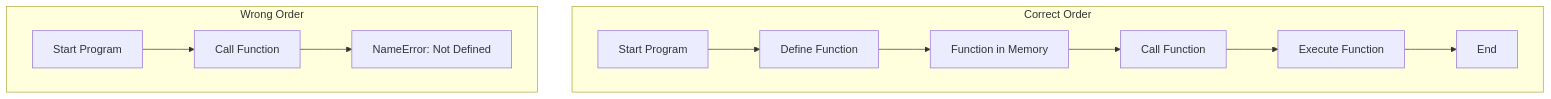
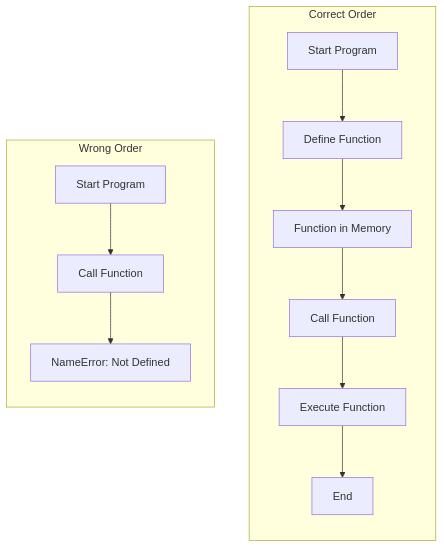
The fourth of 9 diagrams in DEF.md (BasharAlwarad/Software_Engineering_course), drawn with Mermaid before and after one commit. The commit also changed other lines of this file and 1 other file, not shown here.

````diff
--- a/DEF.md
+++ b/DEF.md
@@ -268,26 +248,28 @@
 ```mermaid
 flowchart TD
     A[Start Program] --> B[Define Function]
     B --> C[Function in Memory]
     C --> D[Call Function]
     D --> E[Execute Function]
     E --> F[End]
 
     G[Start Program] --> H[Call Function]
     H --> I[NameError: Not Defined]
 
     subgraph "Correct Order"
+    direction TB
         A
         B
         C
         D
         E
         F
     end
 
     subgraph "Wrong Order"
+    direction TB
         G
         H
         I
     end
 ```
````
